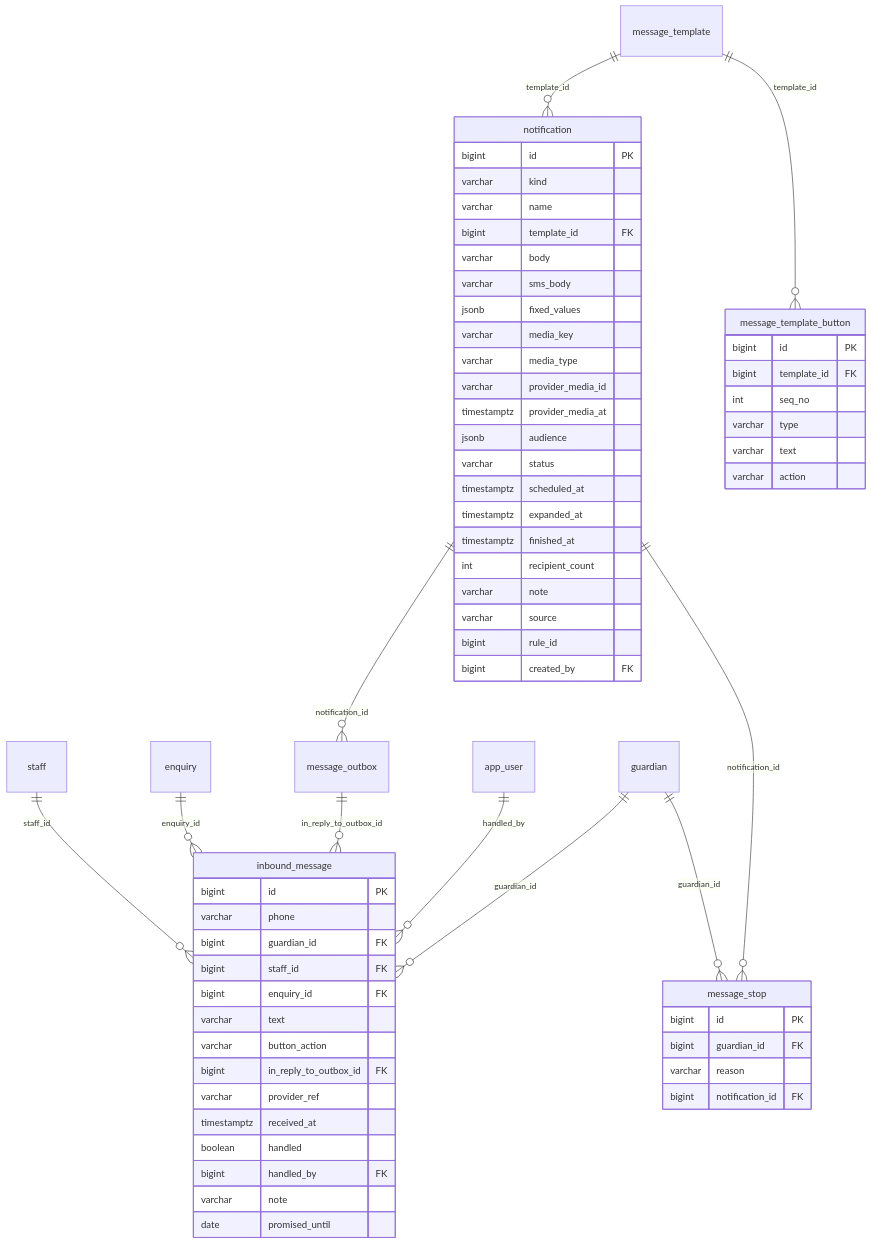
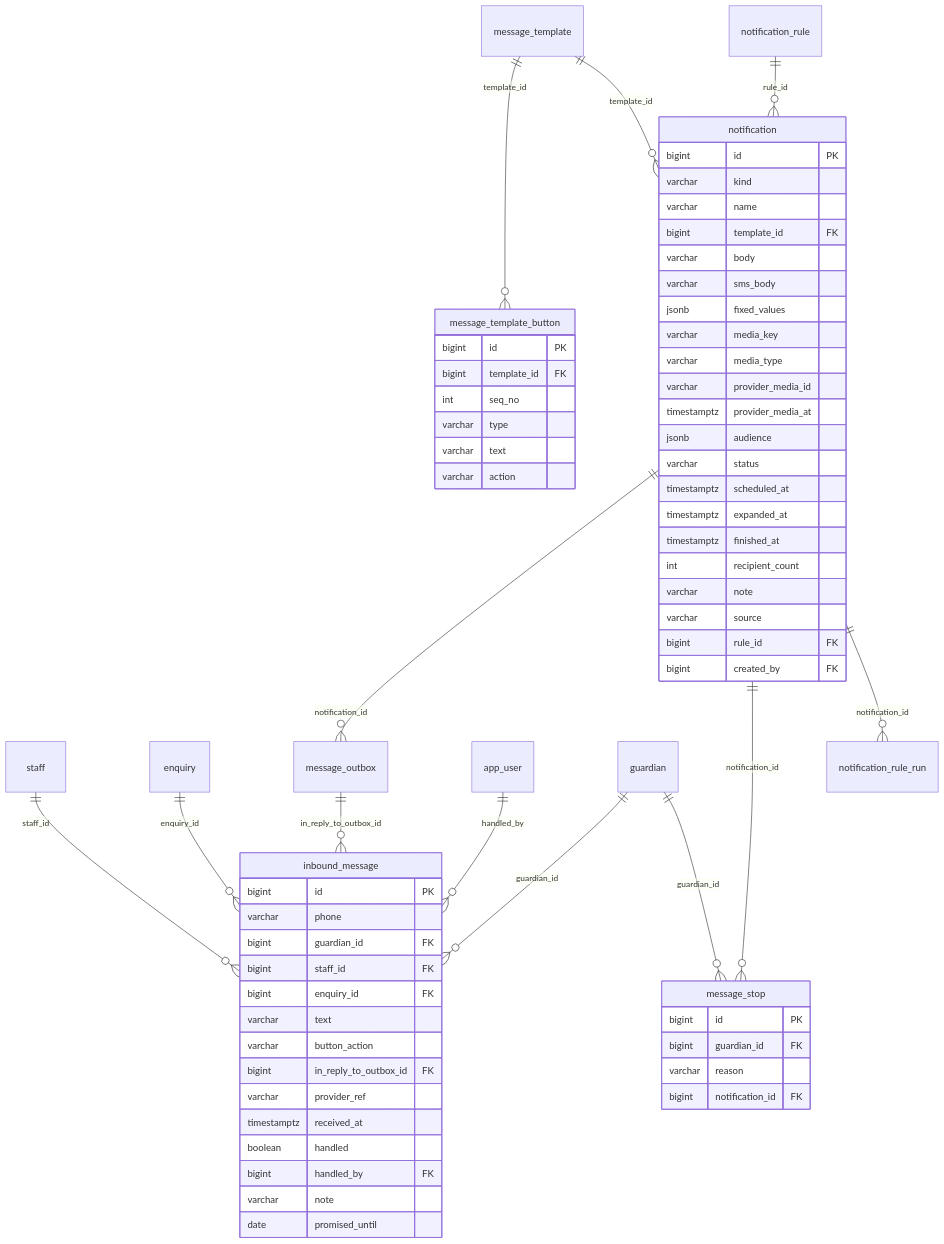
Before and after one commit to MUH-Education/school-platform: diagram 11 of 16 in docs/03-data-model.md, drawn with Mermaid. The commit also changed other lines of this file and 70 other files, not shown here.

````diff
--- a/docs/03-data-model.md
+++ b/docs/03-data-model.md
@@ -1752,66 +1762,68 @@
 ```mermaid
 erDiagram
     notification {
         bigint id PK
         varchar kind
         varchar name
         bigint template_id FK
         varchar body
         varchar sms_body
         jsonb fixed_values
         varchar media_key
         varchar media_type
         varchar provider_media_id
         timestamptz provider_media_at
         jsonb audience
         varchar status
         timestamptz scheduled_at
         timestamptz expanded_at
         timestamptz finished_at
         int recipient_count
         varchar note
         varchar source
-        bigint rule_id
+        bigint rule_id FK
         bigint created_by FK
     }
     message_template_button {
         bigint id PK
         bigint template_id FK
         int seq_no
         varchar type
         varchar text
         varchar action
     }
     message_stop {
         bigint id PK
         bigint guardian_id FK
         varchar reason
         bigint notification_id FK
     }
     inbound_message {
         bigint id PK
         varchar phone
         bigint guardian_id FK
         bigint staff_id FK
         bigint enquiry_id FK
         varchar text
         varchar button_action
         bigint in_reply_to_outbox_id FK
         varchar provider_ref
         timestamptz received_at
         boolean handled
         bigint handled_by FK
         varchar note
         date promised_until
     }
     staff ||--o{ inbound_message : staff_id
     enquiry ||--o{ inbound_message : enquiry_id
     message_outbox ||--o{ inbound_message : in_reply_to_outbox_id
     app_user ||--o{ inbound_message : handled_by
     message_template ||--o{ message_template_button : template_id
     message_template ||--o{ notification : template_id
     notification ||--o{ message_outbox : notification_id
     guardian ||--o{ inbound_message : guardian_id
     guardian ||--o{ message_stop : guardian_id
     notification ||--o{ message_stop : notification_id
+    notification ||--o{ notification_rule_run : notification_id
+    notification_rule ||--o{ notification : rule_id
 ```
````
